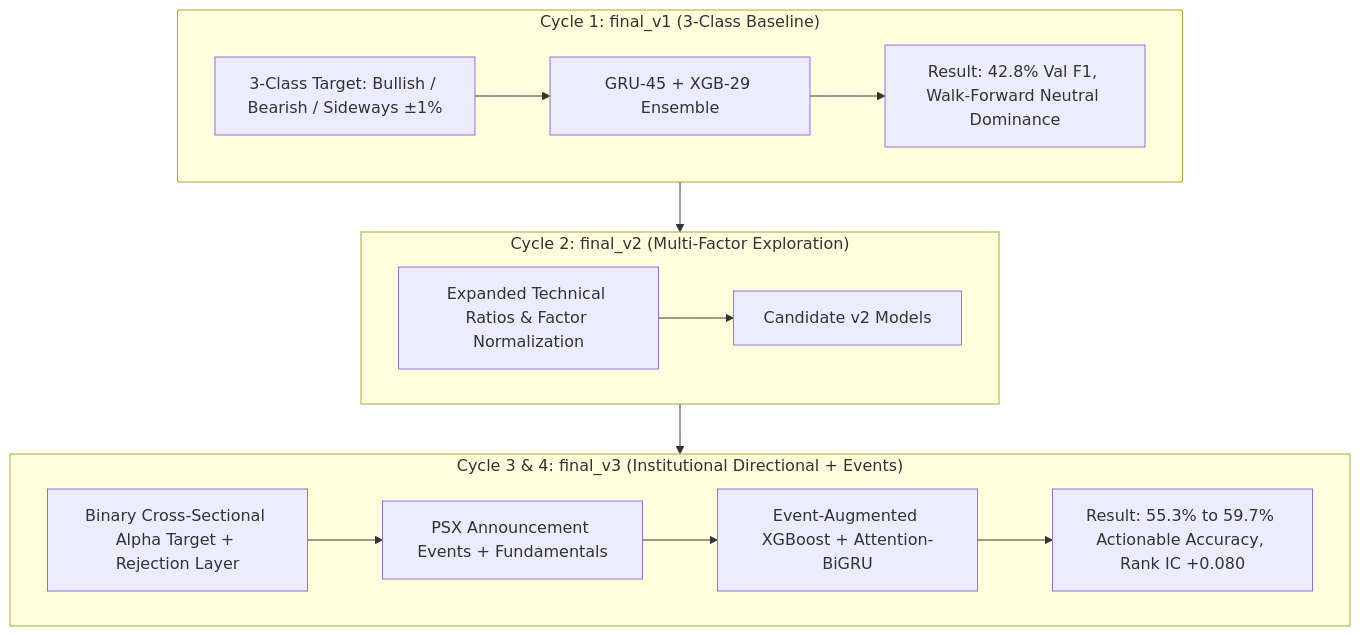
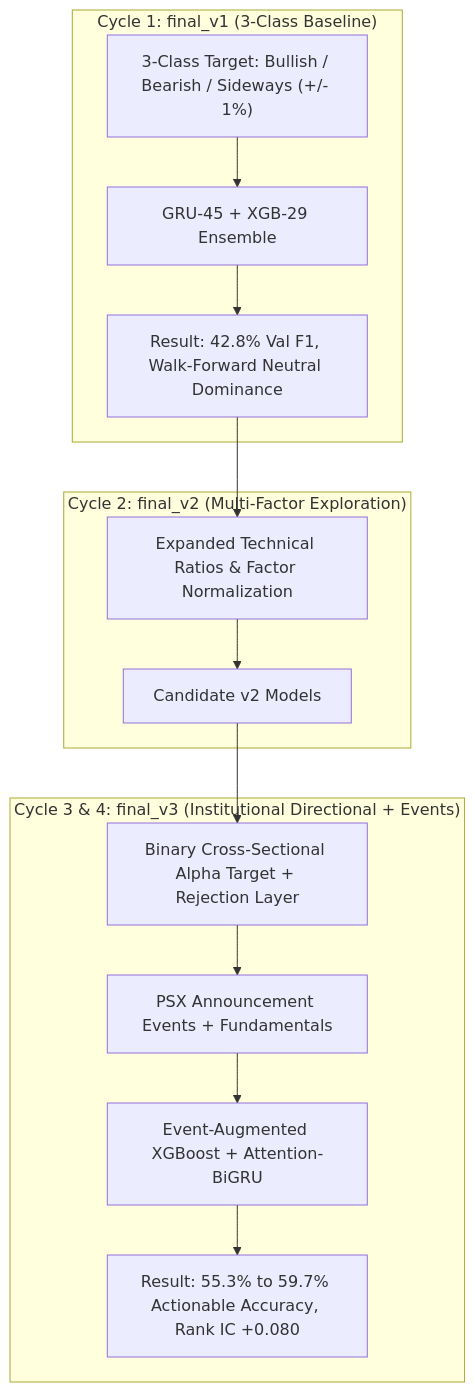
Before and after one commit to iahmedd-k/Basarat-fyp-official: the diagram in docs/09-ai-ml/experiments-history.md, drawn with Mermaid. The commit also changed 8 other files, not shown here.

Commit message:
docs: fix mermaid diagrams across README and documentation suite

````diff
--- a/docs/09-ai-ml/experiments-history.md
+++ b/docs/09-ai-ml/experiments-history.md
@@ -35,19 +35,20 @@
 ```mermaid
 flowchart TD
-    subgraph Iteration1["Cycle 1: final_v1 (3-Class Baseline)"]
-        A1[3-Class Target: Bullish / Bearish / Sideways ±1%] --> B1[GRU-45 + XGB-29 Ensemble]
-        B1 --> C1[Result: 42.8% Val F1, Walk-Forward Neutral Dominance]
+    subgraph Iteration1 ["Cycle 1: final_v1 (3-Class Baseline)"]
+        A1["3-Class Target: Bullish / Bearish / Sideways (+/- 1%)"] --> B1["GRU-45 + XGB-29 Ensemble"]
+        B1 --> C1["Result: 42.8% Val F1, Walk-Forward Neutral Dominance"]
     end
 
-    subgraph Iteration2["Cycle 2: final_v2 (Multi-Factor Exploration)"]
-        A2[Expanded Technical Ratios & Factor Normalization] --> B2[Candidate v2 Models]
+    subgraph Iteration2 ["Cycle 2: final_v2 (Multi-Factor Exploration)"]
+        A2["Expanded Technical Ratios & Factor Normalization"] --> B2["Candidate v2 Models"]
     end
 
-    subgraph Iteration3["Cycle 3 & 4: final_v3 (Institutional Directional + Events)"]
-        A3[Binary Cross-Sectional Alpha Target + Rejection Layer] --> B3[PSX Announcement Events + Fundamentals]
-        B3 --> C3[Event-Augmented XGBoost + Attention-BiGRU]
-        C3 --> D3[Result: 55.3% to 59.7% Actionable Accuracy, Rank IC +0.080]
+    subgraph Iteration3 ["Cycle 3 & 4: final_v3 (Institutional Directional + Events)"]
+        A3["Binary Cross-Sectional Alpha Target + Rejection Layer"] --> B3["PSX Announcement Events + Fundamentals"]
+        B3 --> C3["Event-Augmented XGBoost + Attention-BiGRU"]
+        C3 --> D3["Result: 55.3% to 59.7% Actionable Accuracy, Rank IC +0.080"]
     end
 
-    Iteration1 --> Iteration2 --> Iteration3
+    C1 --> A2
+    B2 --> A3
 ```
````
